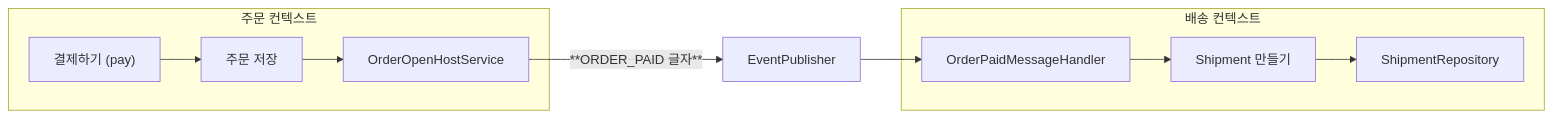
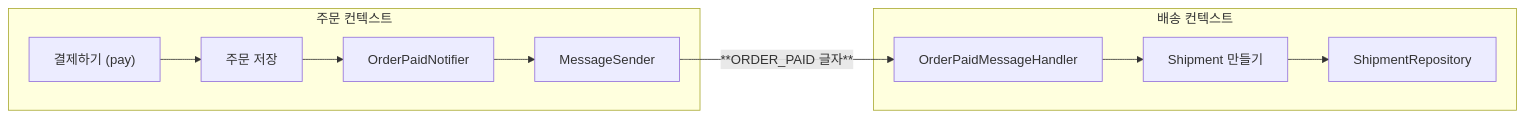
One commit to busan-bank-2026/ddd-example changed the diagram in .projectcode/chapters/shipping-context/diagrams/flow.md. Above: the diagram before and after it, drawn with Mermaid. The commit also changed other lines of this file and 11 other files, not shown here.

````diff
--- a/.projectcode/chapters/shipping-context/diagrams/flow.md
+++ b/.projectcode/chapters/shipping-context/diagrams/flow.md
@@ -3,13 +3,13 @@
 ```mermaid
 flowchart LR
   subgraph order ["주문 컨텍스트"]
     A["결제하기 (pay)"] --> B[주문 저장]
-    B --> C[OrderOpenHostService]
+    B --> C[OrderPaidNotifier]
+    C --> S[MessageSender]
   end
-  C -- "**ORDER_PAID 글자**" --> D[EventPublisher]
-  D --> E[OrderPaidMessageHandler]
+  S -- "**ORDER_PAID 글자**" --> E[OrderPaidMessageHandler]
   subgraph shipping ["배송 컨텍스트"]
     E --> F[Shipment 만들기]
     F --> G[ShipmentRepository]
   end
 ```
````
